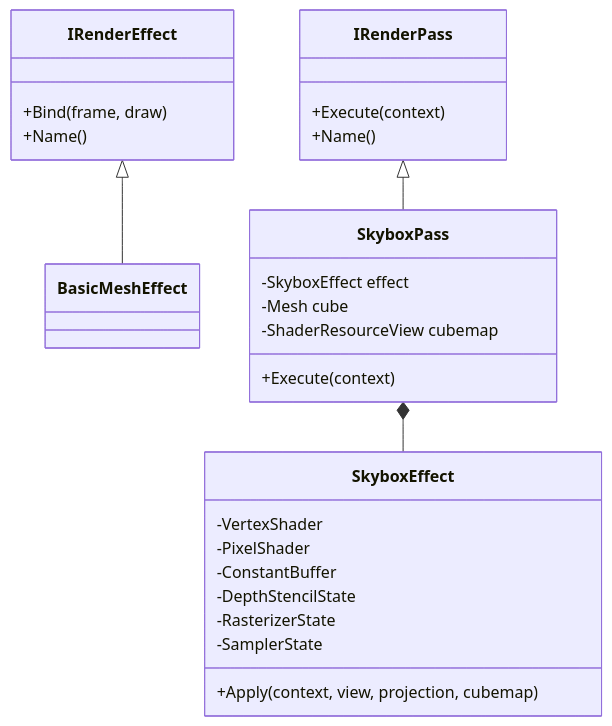
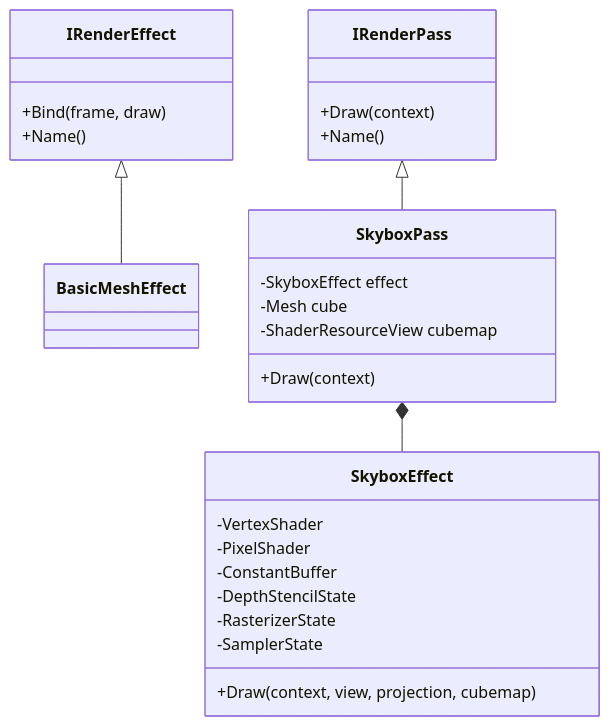
The first of 3 diagrams in docs/examples/skybox-pass.md (ELPSYKONGR/LRenderDemo), drawn with Mermaid before and after one commit. The commit also changed other lines of this file and 50 other files, not shown here.

````diff
--- a/docs/examples/skybox-pass.md
+++ b/docs/examples/skybox-pass.md
@@ -60,31 +60,31 @@
 ```mermaid
 classDiagram
     class IRenderEffect {
         +Bind(frame, draw)
         +Name()
     }
     class BasicMeshEffect
     class IRenderPass {
-        +Execute(context)
+        +Draw(context)
         +Name()
     }
     class SkyboxPass {
         -SkyboxEffect effect
         -Mesh cube
         -ShaderResourceView cubemap
-        +Execute(context)
+        +Draw(context)
     }
     class SkyboxEffect {
         -VertexShader
         -PixelShader
         -ConstantBuffer
         -DepthStencilState
         -RasterizerState
         -SamplerState
-        +Apply(context, view, projection, cubemap)
+        +Draw(context, view, projection, cubemap)
     }
 
     IRenderEffect <|-- BasicMeshEffect
     IRenderPass <|-- SkyboxPass
     SkyboxPass *-- SkyboxEffect
 ```
````
